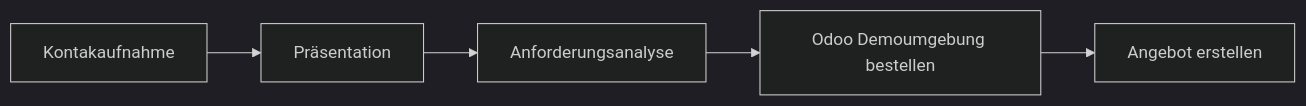
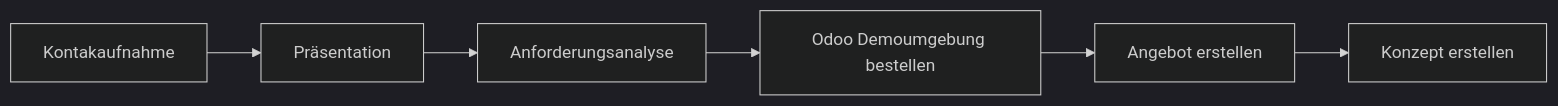
Before and after one commit to Mint-System/Wiki: the diagram in Prozesse Akquise.md, drawn with Mermaid (dark theme). The commit also changed other lines of this file and 3 other files, not shown here.

Commit message:
konzept erstellen

````diff
--- a/Prozesse Akquise.md
+++ b/Prozesse Akquise.md
@@ -6,7 +6,8 @@
 ```mermaid
 graph LR;
     A[Kontakaufnahme]-->B[Präsentation];
     B-->C[Anforderungsanalyse];
     C-->D[Odoo Demoumgebung bestellen];
     D-->E[Angebot erstellen]
+	E-->F[Konzept erstellen]
 ```
````
